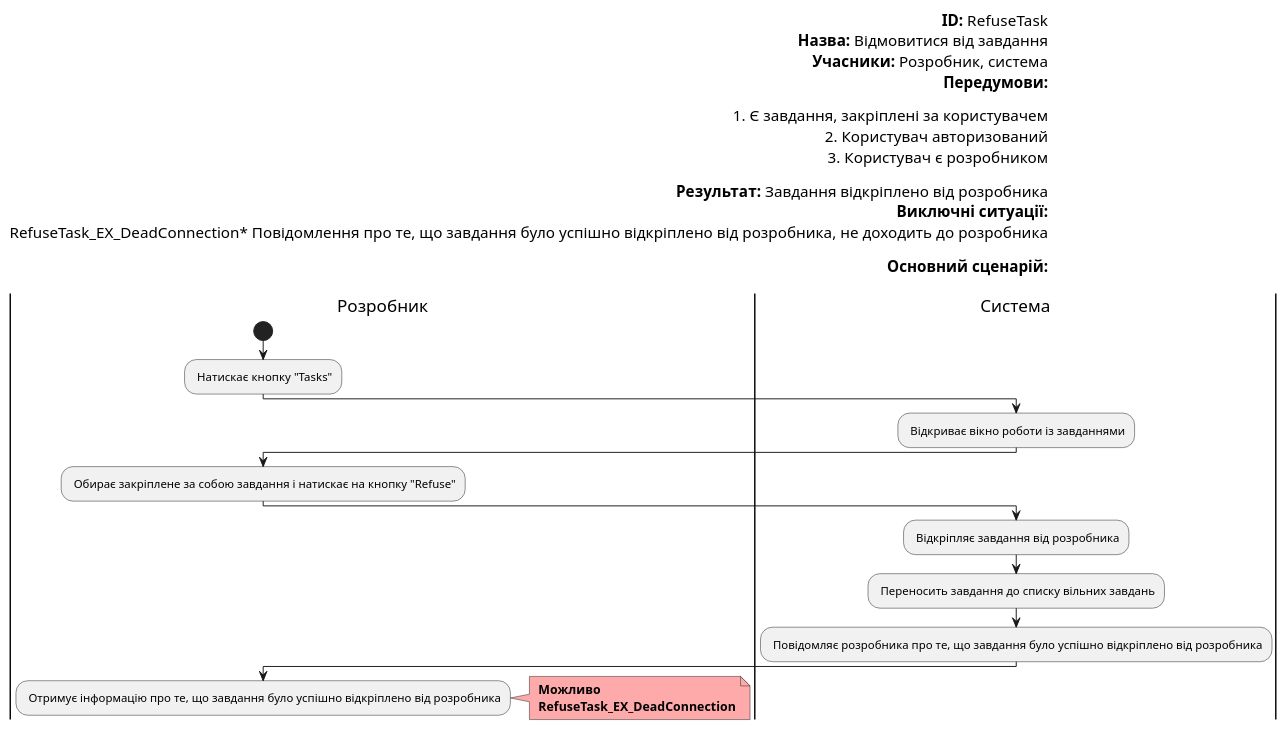
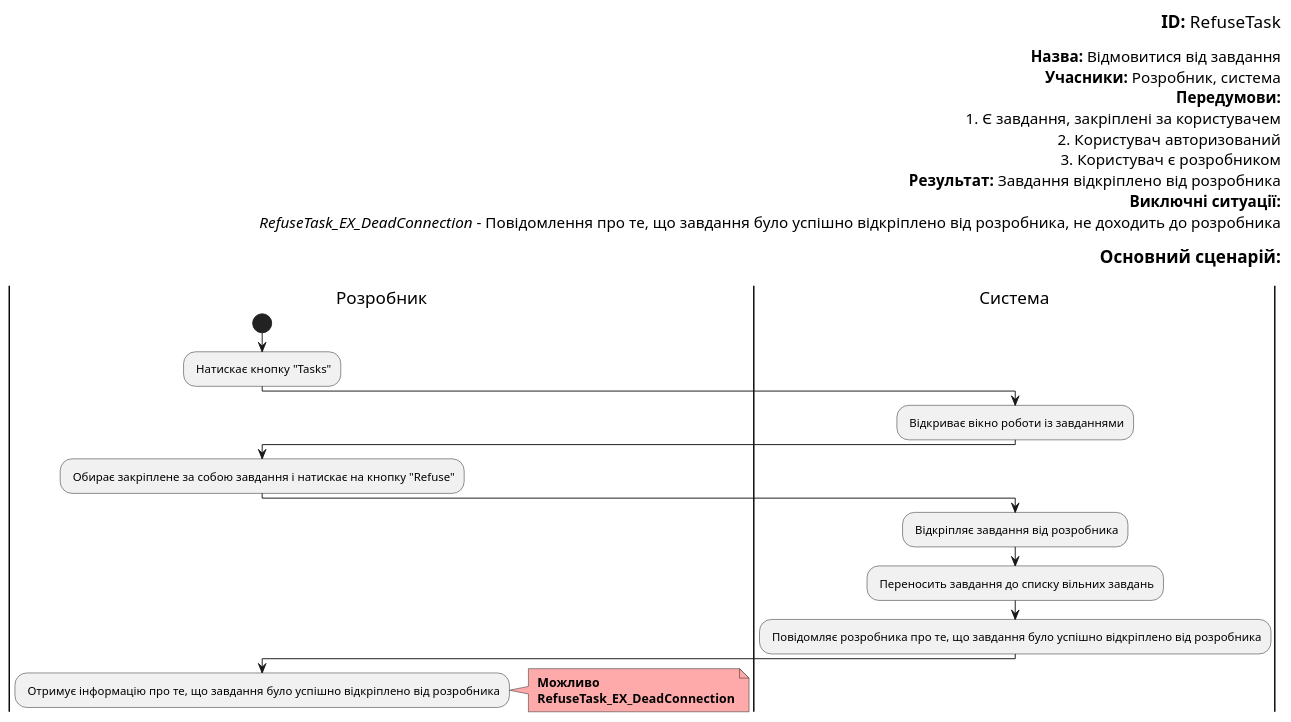
One commit to boldak/edu-db-cw changed the ninth of 19 diagrams in docs/use cases/README.md. Above: the diagram before and after it, drawn with PlantUML. The commit also changed other lines of this file, not shown here.

```diff
--- a/docs/use cases/README.md
+++ b/docs/use cases/README.md
@@ -455,47 +455,46 @@
 @startuml
 
-    left header
-        <font color=000 size=16><b>ID:</b> RefuseTask
+    right header
+        <font color=000 size=18><b>ID:</b> RefuseTask
+
         <font color=000 size=16><b>Назва:</b> Відмовитися від завдання
         <font color=000 size=16><b>Учасники:</b> Розробник, система
         <font color=000 size=16><b>Передумови:</b>
-
         <font color=000 size=16> 1. Є завдання, закріплені за користувачем
         <font color=000 size=16> 2. Користувач авторизований
         <font color=000 size=16>3. Користувач є розробником
-
         <font color=000 size=16><b>Результат:</b> Завдання відкріплено від розробника
         <font color=000 size=16><b>Виключні ситуації:</b>
-        <font color=000 size=16> RefuseTask_EX_DeadConnection* Повідомлення про те, що завдання було успішно відкріплено від розробника, не доходить до розробника
+        <font color=000 size=16> <i>RefuseTask_EX_DeadConnection</i> - Повідомлення про те, що завдання було успішно відкріплено від розробника, не доходить до розробника
 
-        <font color=000 size=16><b>Основний сценарій:</b>
+        <font color=000 size=18><b>Основний сценарій:</b>
 
     end header
 
     |Розробник|
         start
         : Натискає кнопку "Tasks";
 
     |Система|
         : Відкриває вікно роботи із завданнями;
 
     |Розробник|
         : Обирає закріплене за собою завдання і натискає на кнопку "Refuse";
 
     |Система|
         : Відкріпляє завдання від розробника;
 
     |Система|
         : Переносить завдання до списку вільних завдань;
 
     |Система|
         : Повідомляє розробника про те, що завдання було успішно відкріплено від розробника;
 
     |Розробник|
         : Отримує інформацію про те, що завдання було успішно відкріплено від розробника;
         note right #ffaaaa
         <b> Можливо
         <b> RefuseTask_EX_DeadConnection
         end note
 
 @enduml
```
